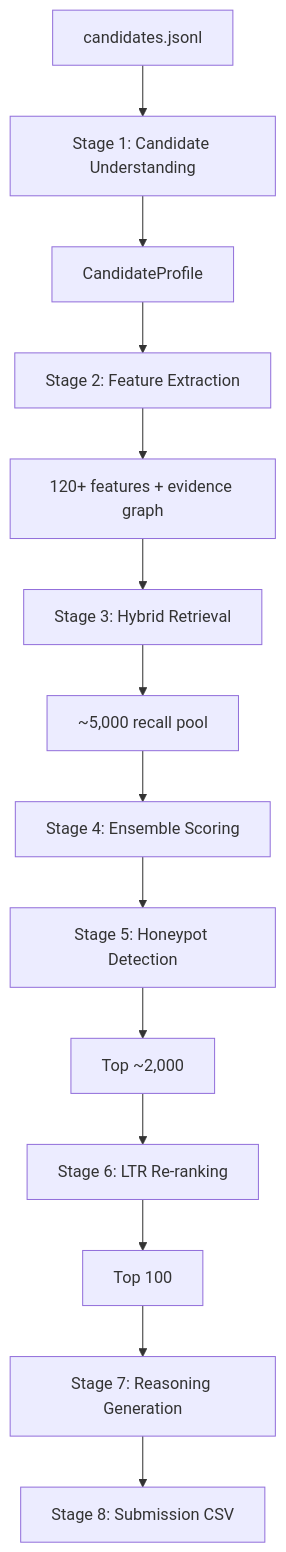
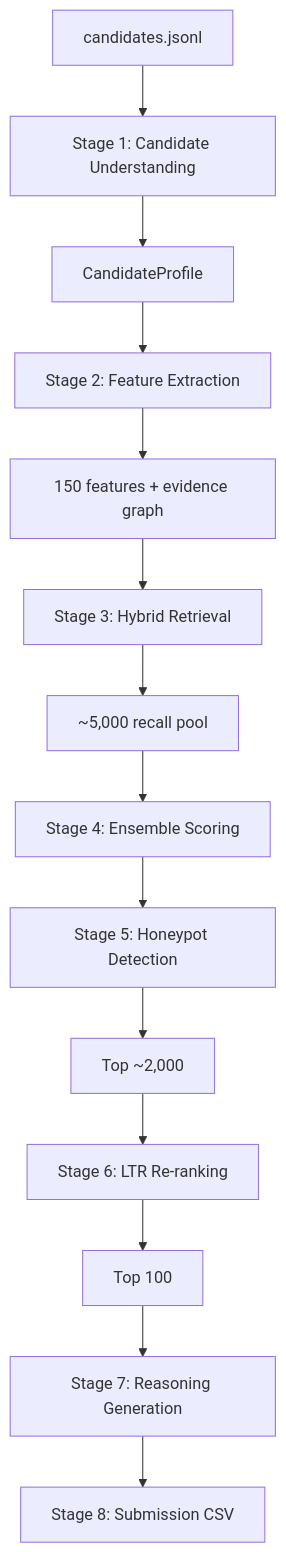
Before and after one commit to anuraggjena/redrob-ai-challenge: the diagram in docs/architecture.md, drawn with Mermaid. The commit also changed other lines of this file and 3 other files, not shown here.

````diff
--- a/docs/architecture.md
+++ b/docs/architecture.md
@@ -11,24 +11,24 @@
 ```mermaid
 flowchart TB
     RAW["candidates.jsonl"]
     S1["Stage 1: Candidate Understanding"]
     CP["CandidateProfile"]
     S2["Stage 2: Feature Extraction"]
-    FEAT["120+ features + evidence graph"]
+    FEAT["150 features + evidence graph"]
     S3["Stage 3: Hybrid Retrieval"]
     POOL["~5,000 recall pool"]
     S4["Stage 4: Ensemble Scoring"]
     S5["Stage 5: Honeypot Detection"]
     TOP2K["Top ~2,000"]
     S6["Stage 6: LTR Re-ranking"]
     TOP100["Top 100"]
     S7["Stage 7: Reasoning Generation"]
     S8["Stage 8: Submission CSV"]
 
     RAW --> S1 --> CP
     CP --> S2 --> FEAT
     FEAT --> S3 --> POOL
     POOL --> S4 --> S5 --> TOP2K
     TOP2K --> S6 --> TOP100
     TOP100 --> S7 --> S8
 ```
````
